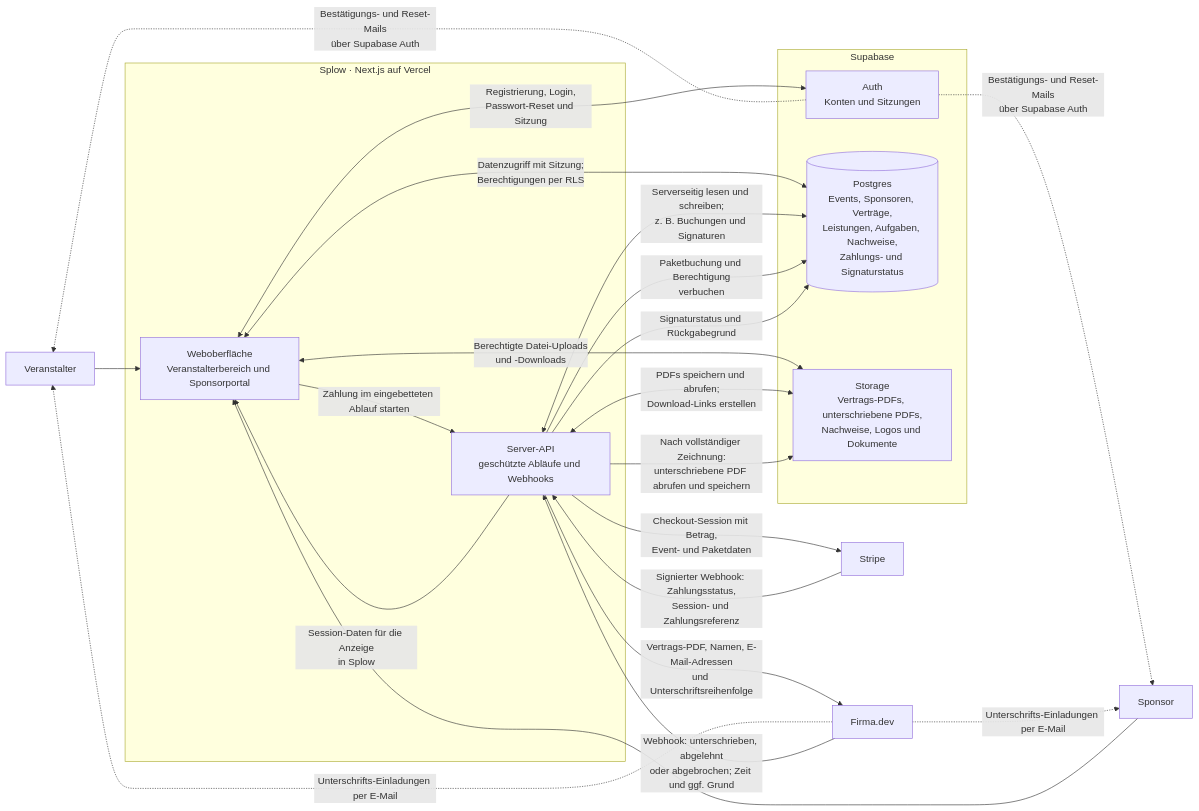
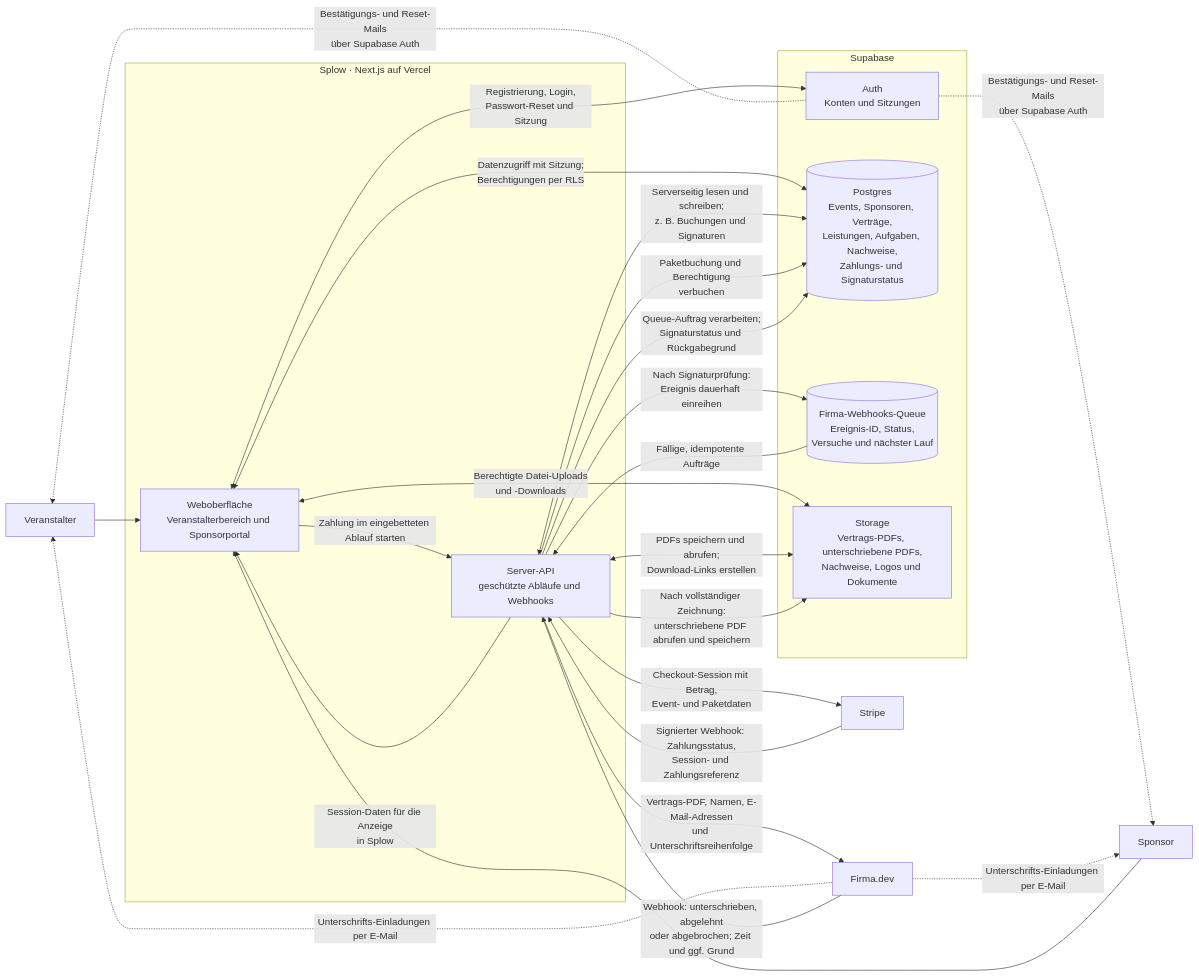
Before and after one commit to ypieper/splow: the diagram in docs/schnittstellen-landkarte.md, drawn with Mermaid. The commit also changed other lines of this file and 14 other files, not shown here.

````diff
--- a/docs/schnittstellen-landkarte.md
+++ b/docs/schnittstellen-landkarte.md
@@ -5,41 +5,44 @@
 ```mermaid
 flowchart LR
     O["Veranstalter"] --> UI
     S["Sponsor"] --> UI
 
     subgraph SPL["Splow · Next.js auf Vercel"]
         UI["Weboberfläche<br/>Veranstalterbereich und Sponsorportal"]
         API["Server-API<br/>geschützte Abläufe und Webhooks"]
     end
 
     subgraph SB["Supabase"]
         AUTH["Auth<br/>Konten und Sitzungen"]
         DB[("Postgres<br/>Events, Sponsoren, Verträge,<br/>Leistungen, Aufgaben, Nachweise,<br/>Zahlungs- und Signaturstatus")]
+        Q[("Firma-Webhooks-Queue<br/>Ereignis-ID, Status,<br/>Versuche und nächster Lauf")]
         FILES["Storage<br/>Vertrags-PDFs, unterschriebene PDFs,<br/>Nachweise, Logos und Dokumente"]
     end
 
     STRIPE["Stripe"]
     FIRMA["Firma.dev"]
 
     UI <-->|"Registrierung, Login,<br/>Passwort-Reset und Sitzung"| AUTH
     AUTH -.->|"Bestätigungs- und Reset-Mails<br/>über Supabase Auth"| O
     AUTH -.->|"Bestätigungs- und Reset-Mails<br/>über Supabase Auth"| S
 
     UI <-->|"Datenzugriff mit Sitzung;<br/>Berechtigungen per RLS"| DB
     API <-->|"Serverseitig lesen und schreiben;<br/>z. B. Buchungen und Signaturen"| DB
     UI <-->|"Berechtigte Datei-Uploads<br/>und -Downloads"| FILES
     API <-->|"PDFs speichern und abrufen;<br/>Download-Links erstellen"| FILES
 
     UI -->|"Zahlung im eingebetteten Ablauf starten"| API
     API -->|"Checkout-Session mit Betrag,<br/>Event- und Paketdaten"| STRIPE
     API -->|"Session-Daten für die Anzeige<br/>in Splow"| UI
     STRIPE -->|"Signierter Webhook: Zahlungsstatus,<br/>Session- und Zahlungsreferenz"| API
     API -->|"Paketbuchung und Berechtigung<br/>verbuchen"| DB
 
     API -->|"Vertrags-PDF, Namen, E-Mail-Adressen<br/>und Unterschriftsreihenfolge"| FIRMA
     FIRMA -.->|"Unterschrifts-Einladungen per E-Mail"| O
     FIRMA -.->|"Unterschrifts-Einladungen per E-Mail"| S
     FIRMA -->|"Webhook: unterschrieben, abgelehnt<br/>oder abgebrochen; Zeit und ggf. Grund"| API
-    API -->|"Signaturstatus und Rückgabegrund"| DB
+    API -->|"Nach Signaturprüfung:<br/>Ereignis dauerhaft einreihen"| Q
+    API -->|"Queue-Auftrag verarbeiten;<br/>Signaturstatus und Rückgabegrund"| DB
     API -->|"Nach vollständiger Zeichnung:<br/>unterschriebene PDF abrufen und speichern"| FILES
+    Q -->|"Fällige, idempotente Aufträge"| API
 ```
````
